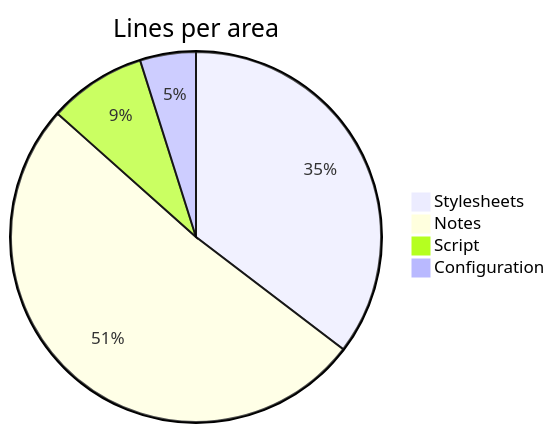
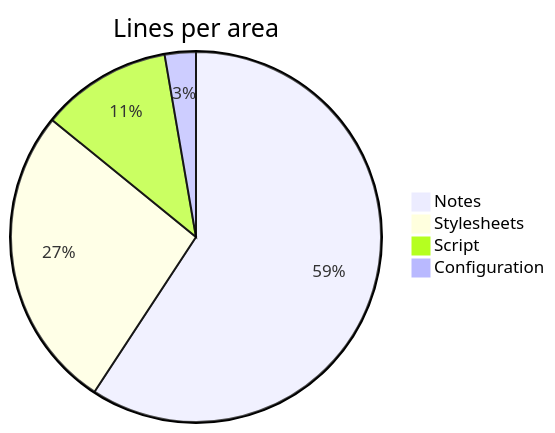
Before and after one commit to boxi-os/Quartz-Example-Template: the first of 4 diagrams in en/formatting/diagrams/numbers.md, drawn with Mermaid. The commit also changed other lines of this file and 38 other files, not shown here.

````diff
--- a/en/formatting/diagrams/numbers.md
+++ b/en/formatting/diagrams/numbers.md
@@ -23,7 +23,7 @@
 ```mermaid
 pie title Lines per area
-    "Stylesheets" : 2900
-    "Notes" : 4200
-    "Script" : 700
-    "Configuration" : 400
+    "Notes" : 10900
+    "Stylesheets" : 4900
+    "Script" : 2100
+    "Configuration" : 500
 ```
````
